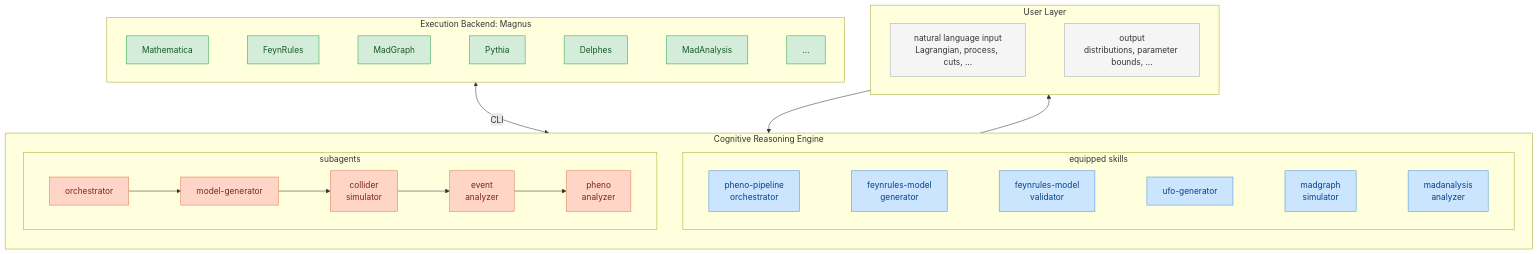
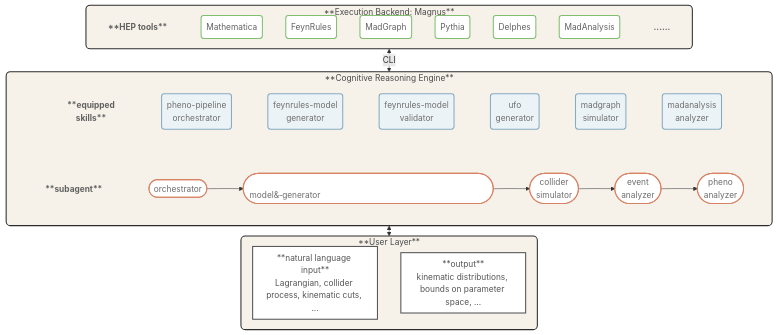
Before and after one commit to HET-AGI/ColliderAgent: the diagram in README.md, drawn with Mermaid. The commit also changed 1 other file, not shown here.

Commit message:
feat: new mermaid graph

````diff
--- a/README.md
+++ b/README.md
@@ -20,38 +20,54 @@
 ```mermaid
+---
+config:
+  flowchart:
+        padding: 10
+        nodeSpacing: 20
+        rankSpacing: 20
+---
 flowchart TB
-    subgraph MAGNUS["Execution Backend: Magnus"]
+    subgraph MAGNUS["**Execution Backend: Magnus**"]
         direction LR
-        T1["Mathematica"] ~~~ T2["FeynRules"] ~~~ T3["MadGraph"] ~~~ T4["Pythia"] ~~~ T5["Delphes"] ~~~ T6["MadAnalysis"] ~~~ T7["..."]
+        L_HEP["**HEP tools**"] ~~~ T1("Mathematica") ~~~ T2("FeynRules") ~~~ T3("MadGraph") ~~~ T4("Pythia") ~~~ T5("Delphes") ~~~ T6("MadAnalysis") ~~~ T7["......"]
     end
 
-    subgraph CRE["Cognitive Reasoning Engine"]
+    MAGNUS <-->|"CLI"| CRE
+
+    subgraph CRE["**Cognitive Reasoning Engine**"]
         direction TB
-        subgraph SKILLS["equipped skills"]
+        subgraph ROW1[" "]
             direction LR
-            S1["pheno-pipeline<br/>orchestrator"] ~~~ S2["feynrules-model<br/>generator"] ~~~ S3["feynrules-model<br/>validator"] ~~~ S4["ufo-generator"] ~~~ S5["madgraph<br/>simulator"] ~~~ S6["madanalysis<br/>analyzer"]
+            L_S["**equipped<br/>skills**"] ~~~ S1("pheno-pipeline<br/>orchestrator") ~~~ S2("feynrules-model<br/>generator") ~~~ S3("feynrules-model<br/>validator") ~~~ S4("ufo<br/>generator") ~~~ S5("madgraph<br/>simulator") ~~~ S6("madanalysis<br/>analyzer")
         end
-        subgraph SAGENTS["subagents"]
+        subgraph ROW2[" "]
             direction LR
-            A1["orchestrator"] --> A2["model-generator"] --> A3["collider<br/>simulator"] --> A4["event<br/>analyzer"] --> A5["pheno<br/>analyzer"]
+            L_A["**subagent**"] ~~~ A1(["orchestrator"]) --> A2(["&emsp;&emsp;&emsp;&emsp;&emsp;&emsp;&emsp;&emsp;&emsp;&emsp;&emsp;&emsp;&emsp;&emsp;&emsp;&emsp;&emsp;&emsp;&emsp;&emsp;model&#8209;generator&emsp;&emsp;&emsp;&emsp;&emsp;&emsp;&emsp;&emsp;&emsp;&emsp;&emsp;&emsp;&emsp;&emsp;&emsp;&emsp;&emsp;&emsp;&emsp;&emsp;"]) --> A3(["collider<br/>simulator"]) --> A4(["event<br/>analyzer"]) --> A5(["pheno<br/>analyzer"])
         end
+        ROW1 ~~~ ROW2
     end
 
-    subgraph USER["User Layer"]
+    CRE <--> USER
+
+    subgraph USER["**User Layer**"]
         direction LR
-        IN["natural language input<br/>Lagrangian, process, cuts, ..."] ~~~ OUT["output<br/>distributions, parameter bounds, ..."]
+        IN["**natural language input**<br>Lagrangian, collider process, kinematic cuts, ..."] ~~~ OUT["**output**<br>kinematic distributions, bounds on parameter space, ..."]
     end
 
-    MAGNUS <-->|CLI| CRE
-    IN --> A1
-    A5 --> OUT
+    classDef tool fill:#fff,stroke:#80be70,stroke-width:2px,color:#616161
+    classDef skill fill:#ecf3f7,stroke:#85abc2,stroke-width:2px,color:#6e6e6e
+    classDef agent fill:#fff,stroke:#d88365,stroke-width:2px,color:#6c6c6c
+    classDef io fill:#fff,stroke:#535353,stroke-width:2px,color:#555
+    classDef plain fill:none,stroke:none,color:#616161,font-weight:bold
 
-    classDef tool fill:#d4edda,stroke:#28a745,color:#155724
-    classDef skill fill:#cce5ff,stroke:#4a90d9,color:#004085
-    classDef agent fill:#ffd5c8,stroke:#e07b54,color:#7b241c
-    classDef io fill:#f5f5f5,stroke:#aaaaaa,color:#333333
-
-    class T1,T2,T3,T4,T5,T6,T7 tool
+    class T1,T2,T3,T4,T5,T6 tool
     class S1,S2,S3,S4,S5,S6 skill
     class A1,A2,A3,A4,A5 agent
     class IN,OUT io
+    class L_HEP,L_S,L_A,T7 plain
+
+    style MAGNUS fill:#f6f2ea,stroke:#2c2c2c,stroke-width:2px,color:#4a4a4a,rx:8,ry:8
+    style CRE fill:#f6f2ea,stroke:#2c2c2c,stroke-width:2px,color:#4a4a4a,rx:8,ry:8
+    style USER fill:#f6f2ea,stroke:#2c2c2c,stroke-width:2px,color:#4a4a4a,rx:8,ry:8
+    style ROW1 fill:none,stroke:none
+    style ROW2 fill:none,stroke:none
 ```
````
